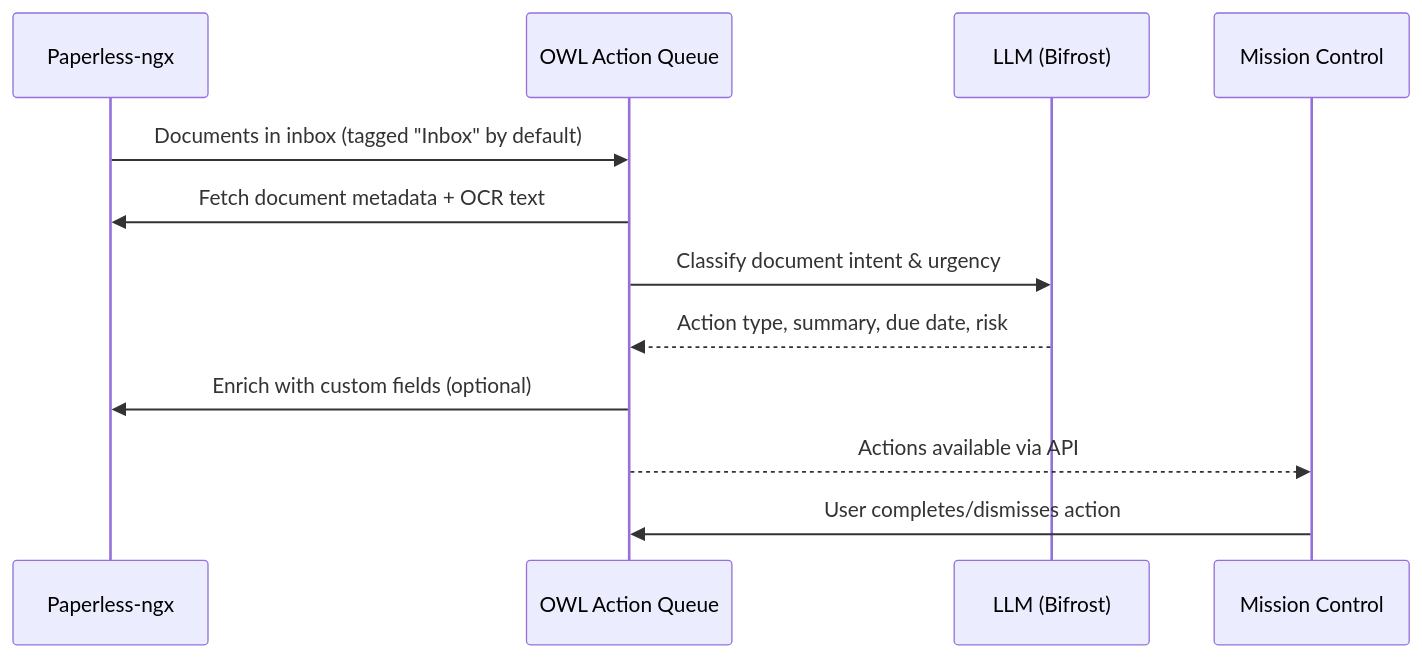
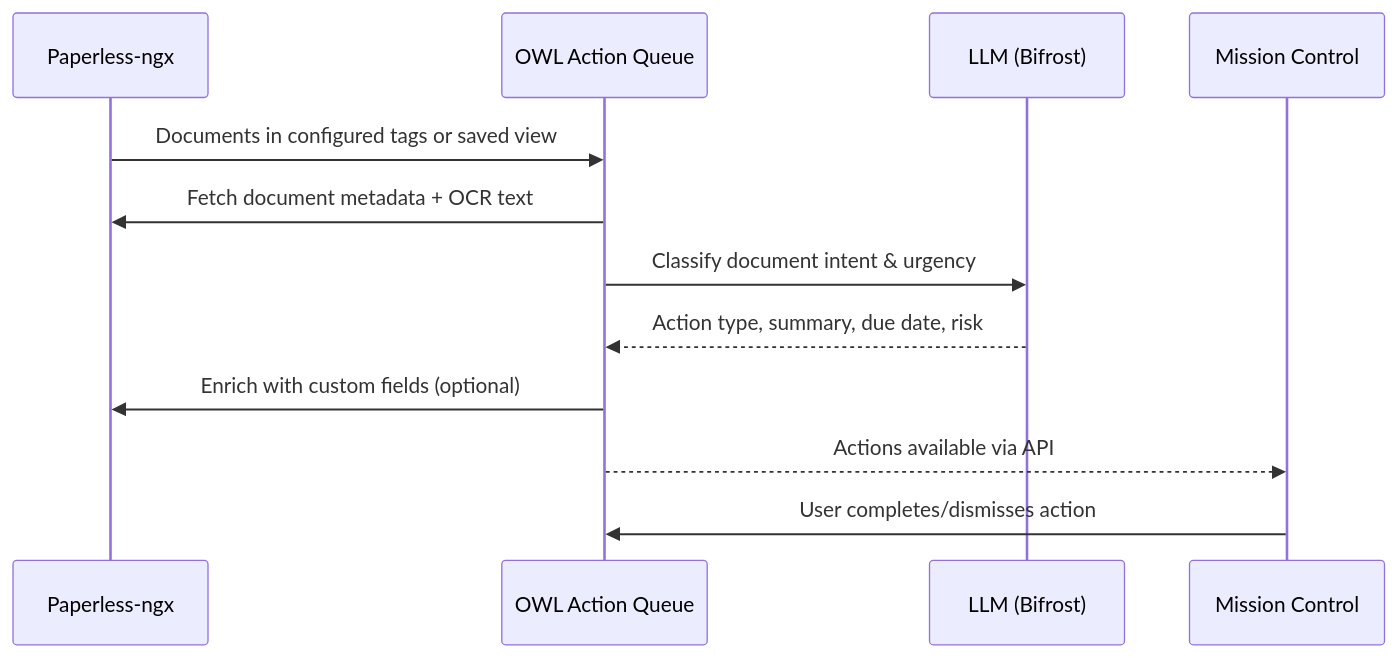
One commit to rsocko/owl changed the first of 2 diagrams in docs/guide/action-queue-guide.md. Above: the diagram before and after it, drawn with Mermaid. The commit also changed other lines of this file and 43 other files, not shown here.

````diff
--- a/docs/guide/action-queue-guide.md
+++ b/docs/guide/action-queue-guide.md
@@ -24,15 +27,15 @@
 ```mermaid
 sequenceDiagram
     participant P as Paperless-ngx
     participant OWL as OWL Action Queue
     participant LLM as LLM (Bifrost)
     participant MC as Mission Control
 
-    P->>OWL: Documents in inbox (tagged "Inbox" by default)
+    P->>OWL: Documents in configured tags or saved view
     OWL->>P: Fetch document metadata + OCR text
     OWL->>LLM: Classify document intent & urgency
     LLM-->>OWL: Action type, summary, due date, risk
     OWL->>P: Enrich with custom fields (optional)
     OWL-->>MC: Actions available via API
     MC->>OWL: User completes/dismisses action
 ```
````
